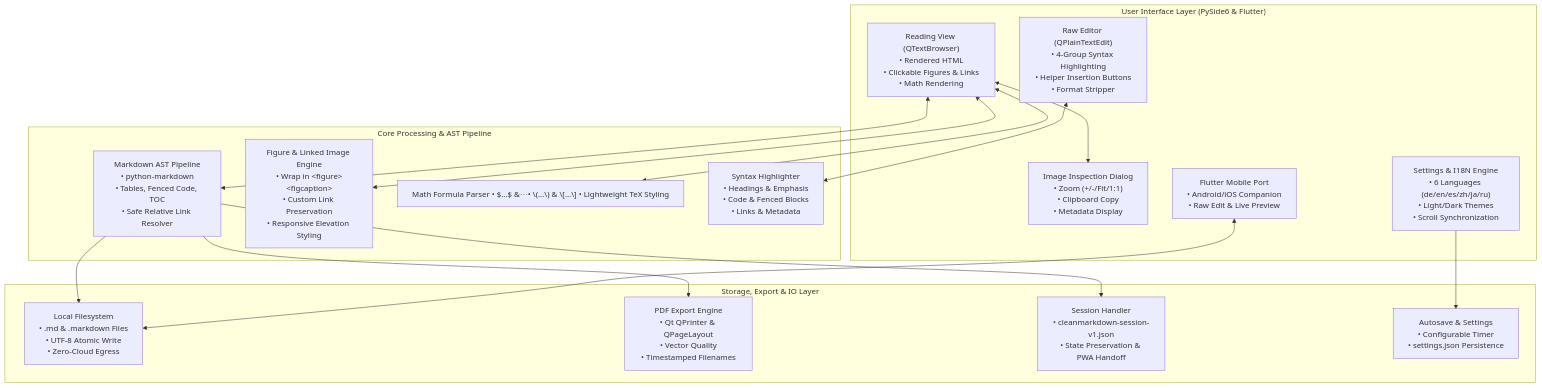
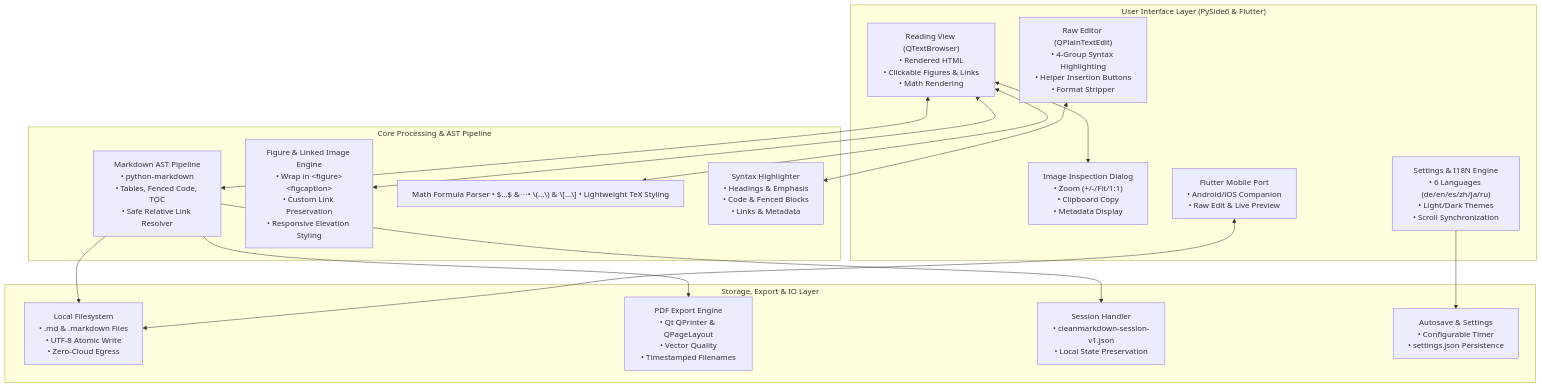
One commit to doc-bricks/CleanMarkdown changed the first of 2 diagrams in README.md. Above: the diagram before and after it, drawn with Mermaid. The commit also changed other lines of this file and 3 other files, not shown here.

````diff
--- a/README.md
+++ b/README.md
@@ -81,35 +81,35 @@
 ```mermaid
 flowchart TD
     subgraph UI ["User Interface Layer (PySide6 & Flutter)"]
         A1["Reading View (QTextBrowser)<br/>• Rendered HTML<br/>• Clickable Figures & Links<br/>• Math Rendering"]
         A2["Raw Editor (QPlainTextEdit)<br/>• 4-Group Syntax Highlighting<br/>• Helper Insertion Buttons<br/>• Format Stripper"]
         A3["Image Inspection Dialog<br/>• Zoom (+/-/Fit/1:1)<br/>• Clipboard Copy<br/>• Metadata Display"]
         A4["Settings & I18N Engine<br/>• 6 Languages (de/en/es/zh/ja/ru)<br/>• Light/Dark Themes<br/>• Scroll Synchronization"]
         A5["Flutter Mobile Port<br/>• Android/iOS Companion<br/>• Raw Edit & Live Preview"]
     end
 
     subgraph CORE ["Core Processing & AST Pipeline"]
         B1["Markdown AST Pipeline<br/>• python-markdown<br/>• Tables, Fenced Code, TOC<br/>• Safe Relative Link Resolver"]
         B2["Figure & Linked Image Engine<br/>• Wrap in &lt;figure&gt;&lt;figcaption&gt;<br/>• Custom Link Preservation<br/>• Responsive Elevation Styling"]
         B3["Math Formula Parser<br/>• $...$ &amp; $$...$$<br/>• \\(...\\) &amp; \\[...\\]<br/>• Lightweight TeX Styling"]
         B4["Syntax Highlighter<br/>• Headings &amp; Emphasis<br/>• Code &amp; Fenced Blocks<br/>• Links &amp; Metadata"]
     end
 
     subgraph STORAGE ["Storage, Export & IO Layer"]
         C1["Local Filesystem<br/>• .md &amp; .markdown Files<br/>• UTF-8 Atomic Write<br/>• Zero-Cloud Egress"]
         C2["PDF Export Engine<br/>• Qt QPrinter &amp; QPageLayout<br/>• Vector Quality<br/>• Timestamped Filenames"]
-        C3["Session Handler<br/>• cleanmarkdown-session-v1.json<br/>• State Preservation &amp; PWA Handoff"]
+        C3["Session Handler<br/>• cleanmarkdown-session-v1.json<br/>• Local State Preservation"]
         C4["Autosave & Settings<br/>• Configurable Timer<br/>• settings.json Persistence"]
     end
 
     A1 <--> B1
     A2 <--> B4
     A1 <--> A3
     A1 <--> B2
     A1 <--> B3
     B1 --> C1
     B1 --> C2
     B1 --> C3
     A4 --> C4
     A5 <--> C1
 ```
````
